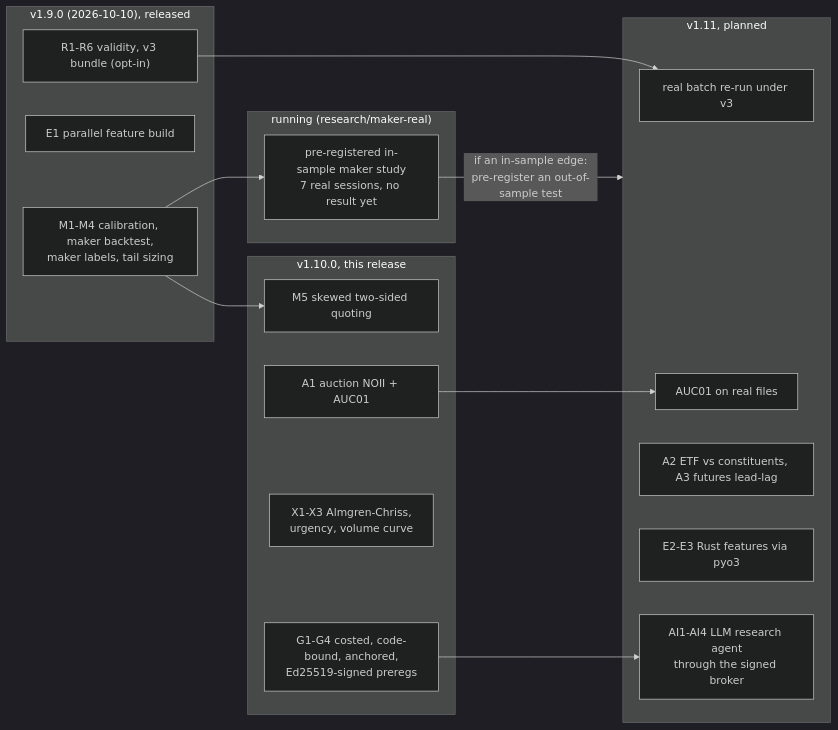
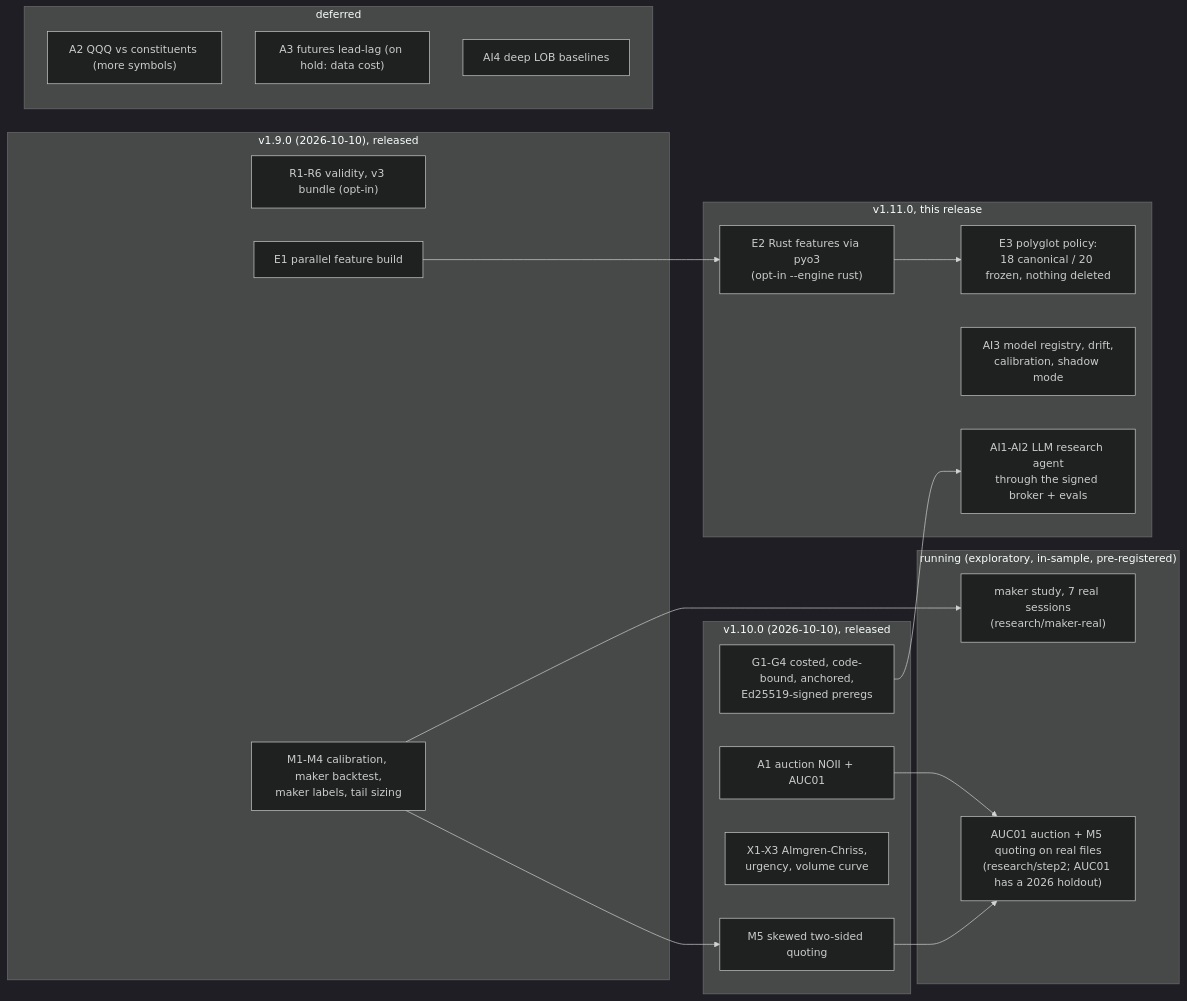
Before and after one commit to AshJha0/intraday-alpha-platform: the diagram in docs/diagrams/release_roadmap_v19_v111.mmd, drawn with Mermaid (dark theme). The commit also changed 8 other files, not shown here.

First line of the commit message:
docs(v1.11): COOKBOOK 52-55, LEARN 36-39, four new diagrams, README status

```diff
--- a/docs/diagrams/release_roadmap_v19_v111.mmd
+++ b/docs/diagrams/release_roadmap_v19_v111.mmd
@@ -1,28 +1,34 @@
 flowchart LR
     subgraph V19["v1.9.0 (2026-10-10), released"]
         R["R1-R6 validity, v3 bundle (opt-in)"]
         E1["E1 parallel feature build"]
         M14["M1-M4 calibration, maker backtest,<br/>maker labels, tail sizing"]
     end
-    subgraph V110["v1.10.0, this release"]
+    subgraph V110["v1.10.0 (2026-10-10), released"]
         M5["M5 skewed two-sided quoting"]
         A1["A1 auction NOII + AUC01"]
         X["X1-X3 Almgren-Chriss,<br/>urgency, volume curve"]
         G["G1-G4 costed, code-bound, anchored,<br/>Ed25519-signed preregs"]
     end
-    subgraph RUN["running (research/maker-real)"]
-        MS["pre-registered in-sample maker study<br/>7 real sessions, no result yet"]
+    subgraph V111["v1.11.0, this release"]
+        E2["E2 Rust features via pyo3<br/>(opt-in --engine rust)"]
+        E3["E3 polyglot policy:<br/>18 canonical / 20 frozen, nothing deleted"]
+        AI3["AI3 model registry, drift,<br/>calibration, shadow mode"]
+        AI12["AI1-AI2 LLM research agent<br/>through the signed broker + evals"]
     end
-    subgraph V111["v1.11, planned"]
-        RV3["real batch re-run under v3"]
-        AUC["AUC01 on real files"]
-        A23["A2 ETF vs constituents, A3 futures lead-lag"]
-        E23["E2-E3 Rust features via pyo3"]
-        AI["AI1-AI4 LLM research agent<br/>through the signed broker"]
+    subgraph RUN["running (exploratory, in-sample, pre-registered)"]
+        MS["maker study, 7 real sessions<br/>(research/maker-real)"]
+        AUC["AUC01 auction + M5 quoting on real files<br/>(research/step2; AUC01 has a 2026 holdout)"]
+    end
+    subgraph LATER["deferred"]
+        A2["A2 QQQ vs constituents (more symbols)"]
+        A3["A3 futures lead-lag (on hold: data cost)"]
+        AI4["AI4 deep LOB baselines"]
     end
     M14 --> M5
     M14 --> MS
-    R --> RV3
-    G --> AI
     A1 --> AUC
-    MS -->|"if an in-sample edge:<br/>pre-register an out-of-sample test"| V111
+    M5 --> AUC
+    G --> AI12
+    E1 --> E2
+    E2 --> E3
```
